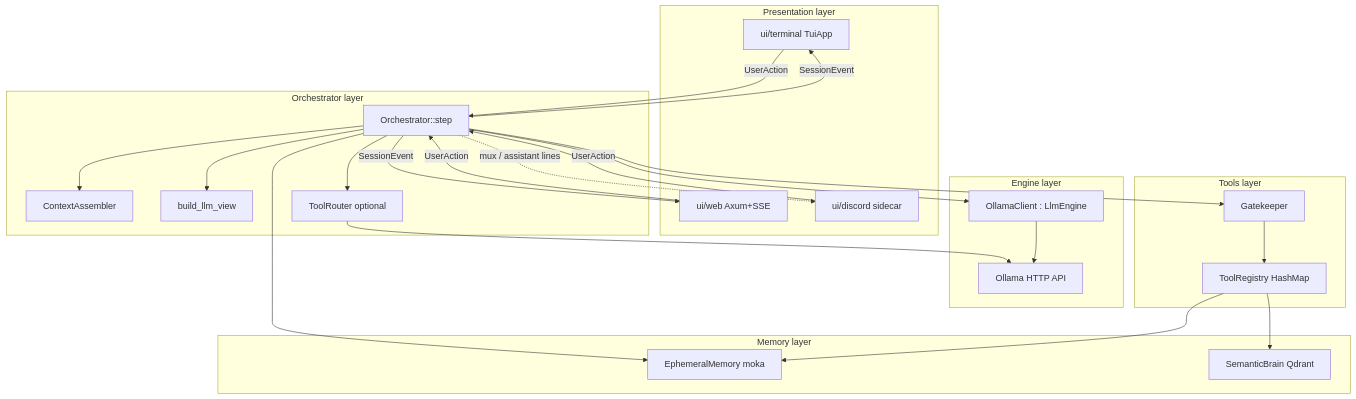
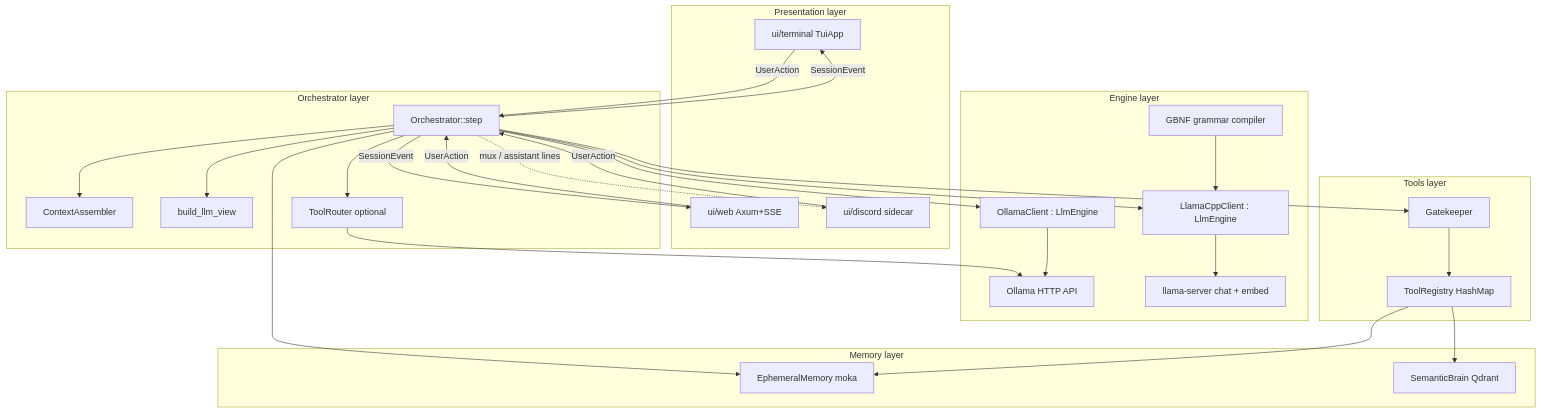
The first of 2 diagrams in docs/updated_architecture/00_OVERVIEW.md (janpauldahlke/eris), drawn with Mermaid before and after one commit. The commit also changed other lines of this file and 12 other files, not shown here.

````diff
--- a/docs/updated_architecture/00_OVERVIEW.md
+++ b/docs/updated_architecture/00_OVERVIEW.md
@@ -11,48 +11,54 @@
 ```mermaid
 flowchart TB
     subgraph ui["Presentation layer"]
         TUI["ui/terminal TuiApp"]
         WEB["ui/web Axum+SSE"]
         DISC["ui/discord sidecar"]
     end
 
     subgraph orch["Orchestrator layer"]
         ORC["Orchestrator::step"]
         CA["ContextAssembler"]
         CV["build_llm_view"]
         TR["ToolRouter optional"]
     end
 
     subgraph eng["Engine layer"]
         LLM["OllamaClient : LlmEngine"]
+        LCPP["LlamaCppClient : LlmEngine"]
         OLL["Ollama HTTP API"]
+        LSRV["llama-server chat + embed"]
+        GRAM["GBNF grammar compiler"]
     end
 
     subgraph tools["Tools layer"]
         GK["Gatekeeper"]
         TREG["ToolRegistry HashMap"]
     end
 
     subgraph mem["Memory layer"]
         EPH["EphemeralMemory moka"]
         SEM["SemanticBrain Qdrant"]
     end
 
     TUI -->|UserAction| ORC
     WEB -->|UserAction| ORC
     DISC -->|UserAction| ORC
     ORC -->|SessionEvent| TUI
     ORC -->|SessionEvent| WEB
     ORC -.->|mux / assistant lines| DISC
     ORC --> CA
     ORC --> CV
     ORC --> TR
     TR --> OLL
     ORC --> LLM
+    ORC --> LCPP
     LLM --> OLL
+    LCPP --> LSRV
+    GRAM --> LCPP
     ORC --> GK
     GK --> TREG
     ORC --> EPH
     TREG --> EPH
     TREG --> SEM
 ```
````
